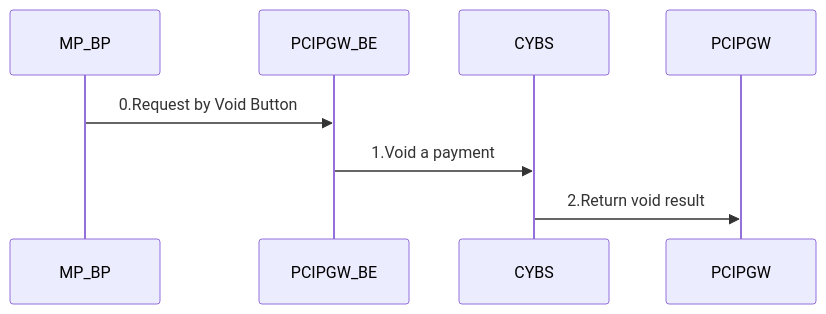
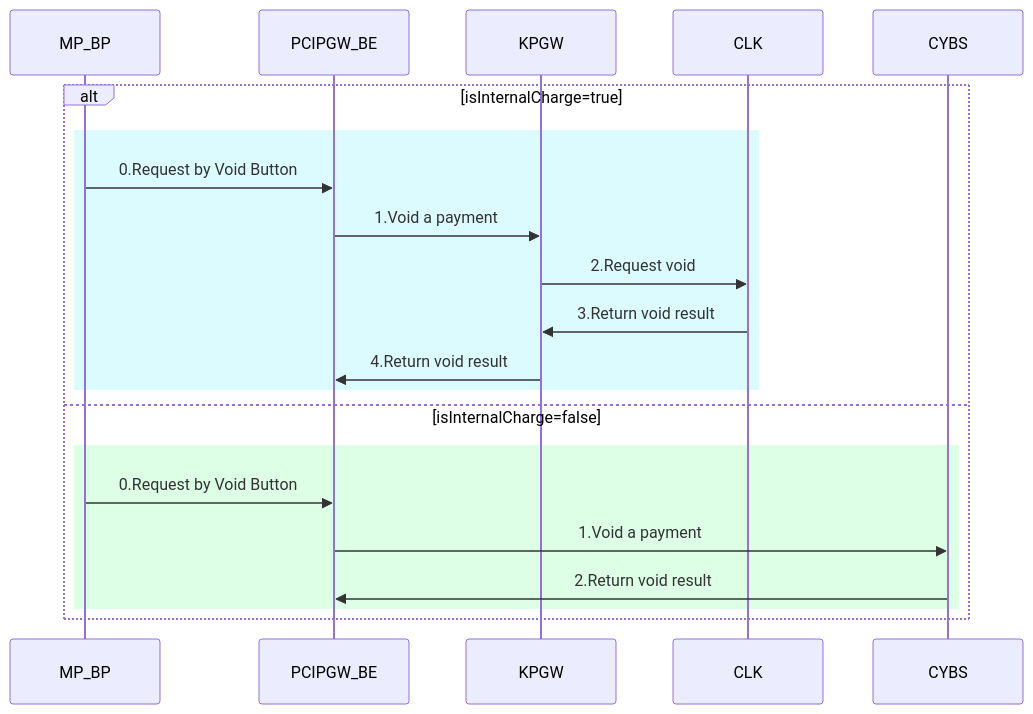
Before and after one commit to yuusuke25/MyNotes: the second of 3 diagrams in Cybs-Ph2-Flow2.md, drawn with Mermaid.

````diff
--- a/Cybs-Ph2-Flow2.md
+++ b/Cybs-Ph2-Flow2.md
@@ -27,6 +27,18 @@
 ```mermaid
     sequenceDiagram
-        MP_BP->>PCIPGW_BE:0.Request by Void Button
-        PCIPGW_BE->>CYBS:1.Void a payment
-        CYBS->>PCIPGW:2.Return void result
+        alt isInternalCharge=true
+            rect rgb(220, 251, 255)
+                MP_BP->>PCIPGW_BE:0.Request by Void Button
+                PCIPGW_BE->>KPGW:1.Void a payment
+                KPGW->>CLK:2.Request void
+                CLK->>KPGW:3.Return void result
+                KPGW->>PCIPGW_BE:4.Return void result
+            end
+        else isInternalCharge=false
+            rect rgb(220, 255, 229)
+                MP_BP->>PCIPGW_BE:0.Request by Void Button
+                PCIPGW_BE->>CYBS:1.Void a payment
+                CYBS->>PCIPGW_BE:2.Return void result
+            end
+        end
 ```
````
